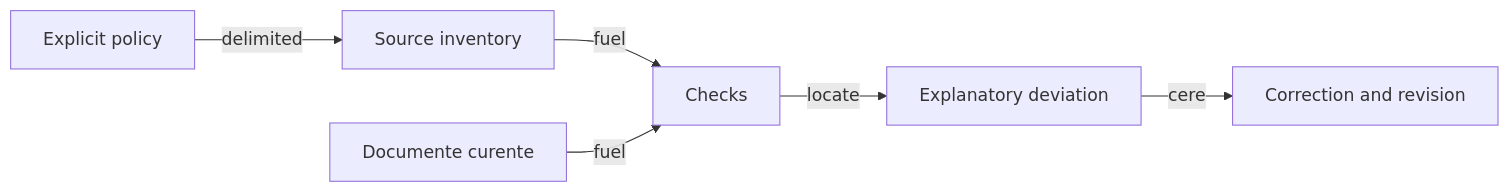
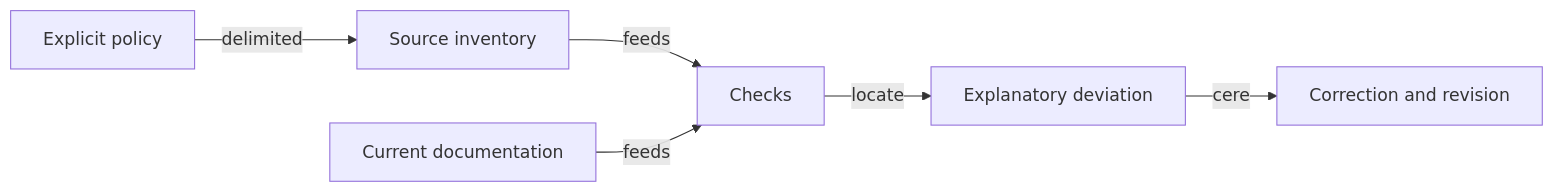
Before and after one commit to crististefanita/atf_j4: the diagram in docs/governance/README.md, drawn with Mermaid. The commit also changed other lines of this file and 84 other files, not shown here.

````diff
--- a/docs/governance/README.md
+++ b/docs/governance/README.md
@@ -15,8 +15,8 @@
 ```mermaid
 flowchart LR
     POLICY[Explicit policy] -->|delimited| INVENTORY[Source inventory]
-    INVENTORY -->|fuel| GUARDS[Checks]
-    DOCS[Documente curente] -->|fuel| GUARDS
+    INVENTORY -->|feeds| GUARDS[Checks]
+    DOCS[Current documentation] -->|feeds| GUARDS
     GUARDS -->|locate| FINDING[Explanatory deviation]
     FINDING -->|cere| REVIEW[Correction and revision]
 ```
````
